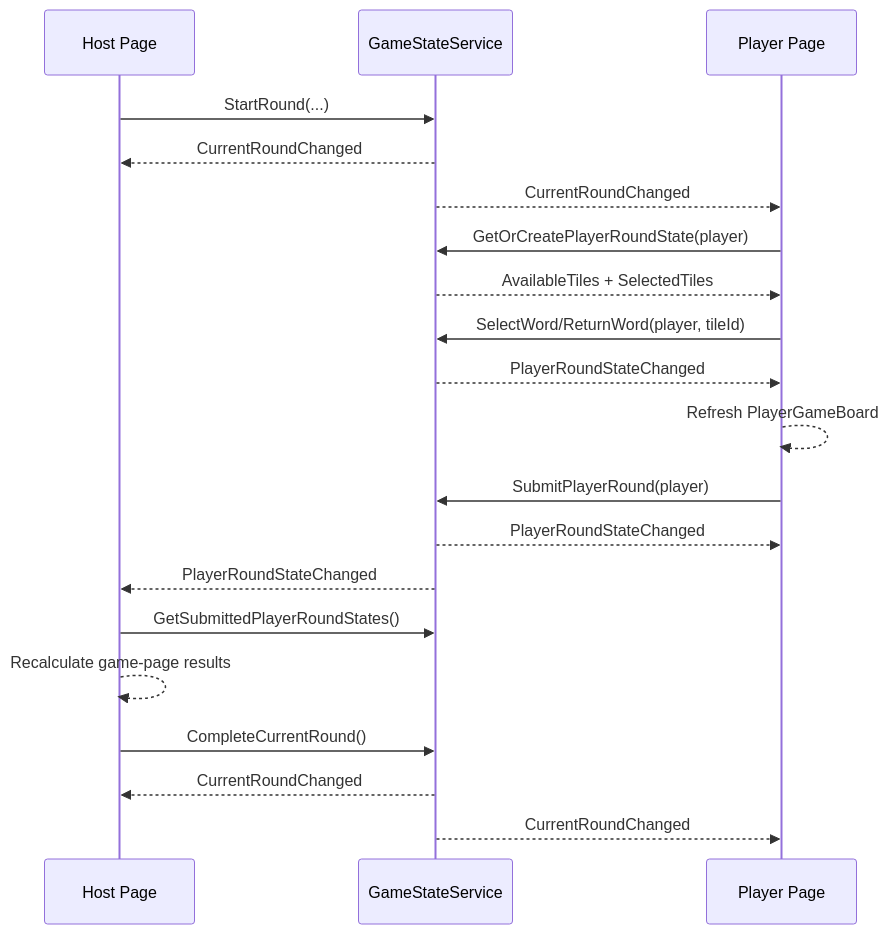
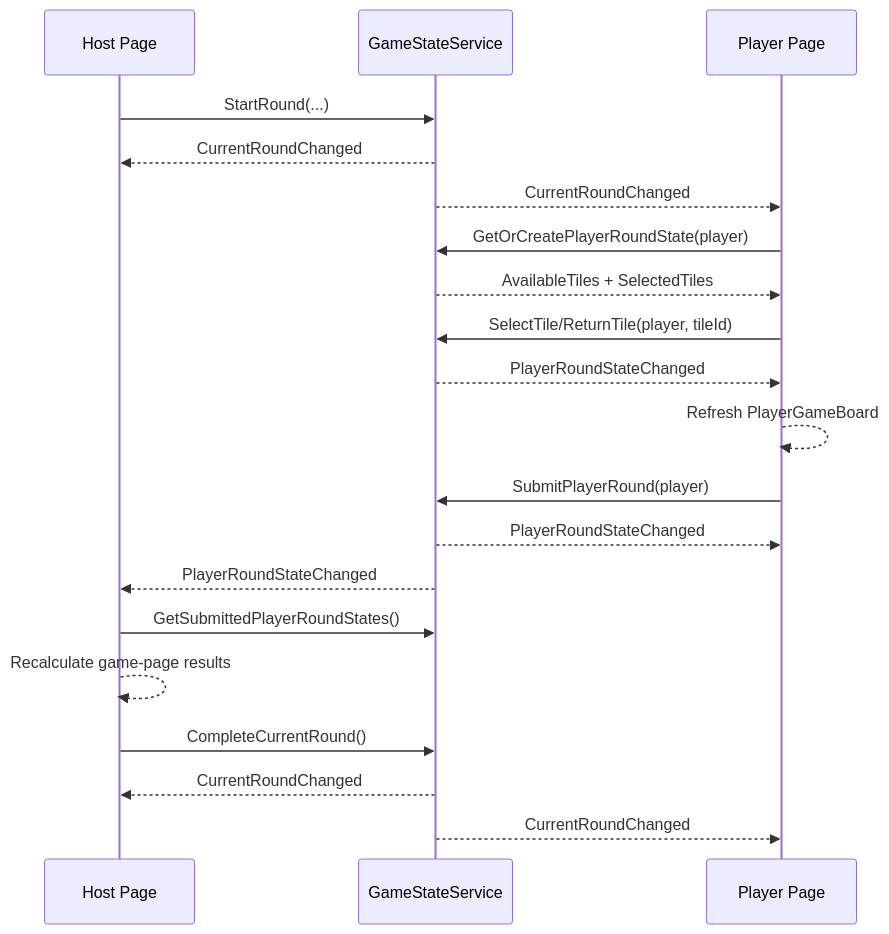
Before and after one commit to iJustHelp/have-fun: the fifth of 5 diagrams in design/architecture.md, drawn with Mermaid. The commit also changed other lines of this file and 4 other files, not shown here.

````diff
--- a/design/architecture.md
+++ b/design/architecture.md
@@ -127,26 +127,26 @@
 ```mermaid
 sequenceDiagram
     participant H as Host Page
     participant G as GameStateService
     participant P as Player Page
 
     H->>G: StartRound(...)
     G-->>H: CurrentRoundChanged
     G-->>P: CurrentRoundChanged
     P->>G: GetOrCreatePlayerRoundState(player)
     G-->>P: AvailableTiles + SelectedTiles
 
-    P->>G: SelectWord/ReturnWord(player, tileId)
+    P->>G: SelectTile/ReturnTile(player, tileId)
     G-->>P: PlayerRoundStateChanged
     P-->>P: Refresh PlayerGameBoard
 
     P->>G: SubmitPlayerRound(player)
     G-->>P: PlayerRoundStateChanged
     G-->>H: PlayerRoundStateChanged
     H->>G: GetSubmittedPlayerRoundStates()
     H-->>H: Recalculate game-page results
 
     H->>G: CompleteCurrentRound()
     G-->>H: CurrentRoundChanged
     G-->>P: CurrentRoundChanged
 ```
````
